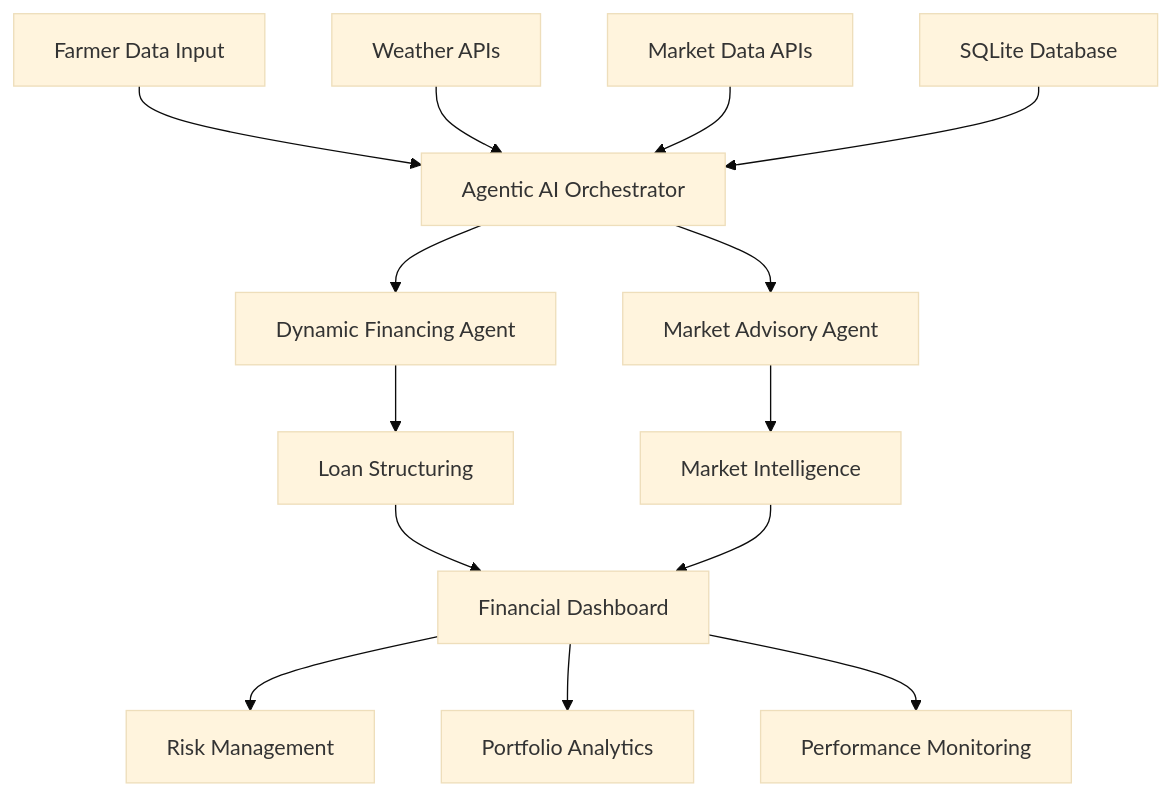
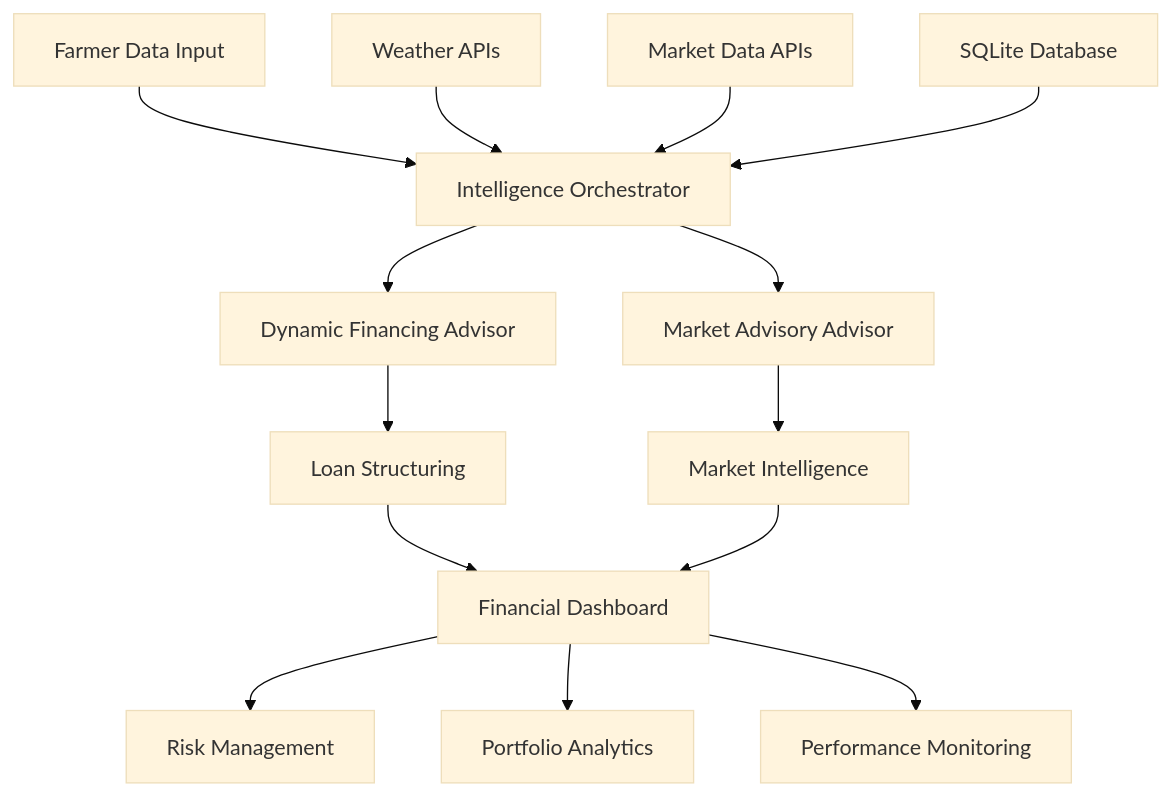
One commit to Aastik-Srivastava/AgriCredAI changed the second of 2 diagrams in README.md. Above: the diagram before and after it, drawn with Mermaid (base theme). The commit also changed other lines of this file and 6 other files, not shown here.

````diff
--- a/README.md
+++ b/README.md
@@ -89,20 +89,20 @@
 ```mermaid
 graph TB
-    A[Farmer Data Input] --> B[Agentic AI Orchestrator]
-    B --> C[Dynamic Financing Agent]
-    B --> E[Market Advisory Agent]
+    A[Farmer Data Input] --> B[Intelligence Orchestrator]
+    B --> C[Dynamic Financing Advisor]
+    B --> E[Market Advisory Advisor]
     
     F[Weather APIs] --> B
     G[Market Data APIs] --> B
     H[SQLite Database] --> B
     
     C --> J[Loan Structuring]
     E --> L[Market Intelligence]
     
     J --> M[Financial Dashboard]
     L --> M
     
     M --> N[Risk Management]
     M --> O[Portfolio Analytics]
     M --> P[Performance Monitoring]
 ```
````
